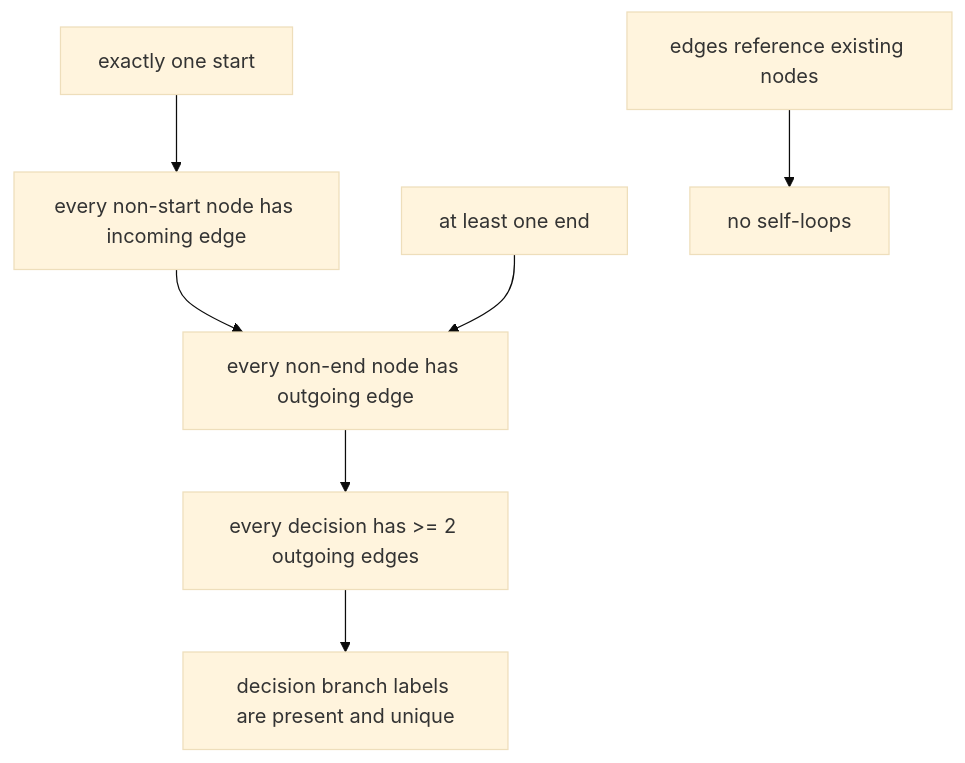
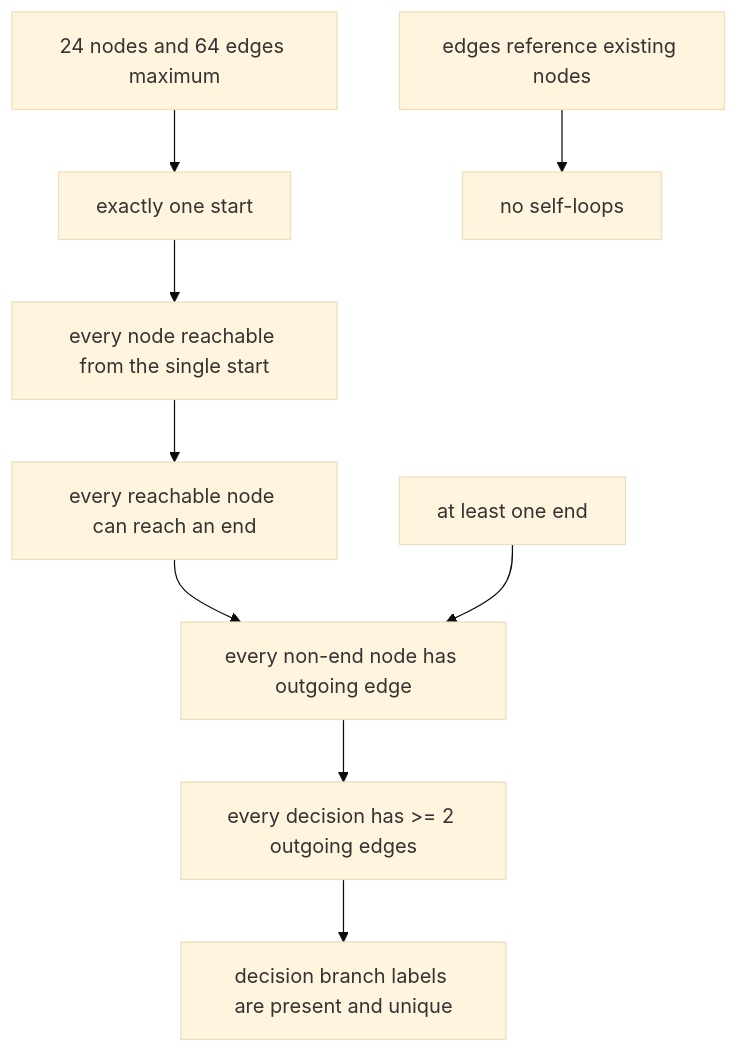
The eighth of 17 diagrams in docs/mcp-tool-catalog.md (shpitdev/sketchi), drawn with Mermaid (base theme) before and after one commit. The commit also changed other lines of this file and 10 other files, not shown here.

First line of the commit message:
fix: enforce canonical flowchart contract (#95)

````diff
--- a/docs/mcp-tool-catalog.md
+++ b/docs/mcp-tool-catalog.md
@@ -452,18 +457,22 @@
 ```mermaid
 flowchart TB
   Start["exactly one start"]
   End["at least one end"]
-  Reachable["every non-start node has incoming edge"]
+  Reachable["every node reachable from the single start"]
+  Terminating["every reachable node can reach an end"]
   Outgoing["every non-end node has outgoing edge"]
   Decision["every decision has >= 2 outgoing edges"]
   Branches["decision branch labels are present and unique"]
   Edges["edges reference existing nodes"]
   NoLoops["no self-loops"]
+  Bounds["24 nodes and 64 edges maximum"]
 
   Start --> Reachable
-  Reachable --> Outgoing
+  Reachable --> Terminating
+  Terminating --> Outgoing
   Outgoing --> Decision
   Decision --> Branches
   End --> Outgoing
   Edges --> NoLoops
+  Bounds --> Start
 ```
````
